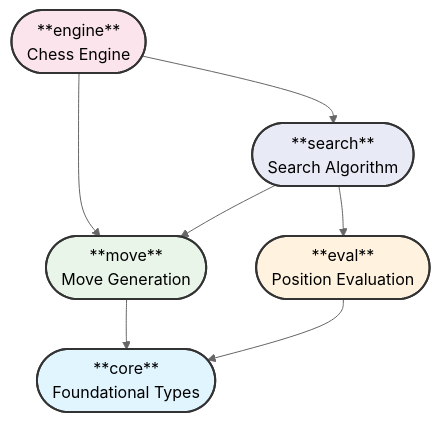
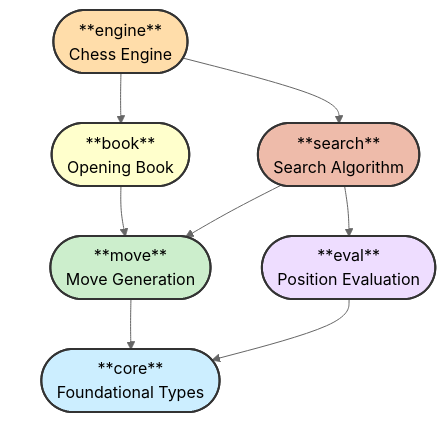
The first of 2 diagrams in src/README.md (GeertBosch/gbchess), drawn with Mermaid (neutral theme) before and after one commit. The commit also changed other lines of this file and 10 other files, not shown here.

First line of the commit message:
Add initial opening book support

````diff
--- a/src/README.md
+++ b/src/README.md
@@ -3,33 +3,38 @@
 ```mermaid
 graph TD
     engine([**engine**
     Chess Engine
     ])
     move([**move**
     Move Generation
     ])
     eval([**eval**
     Position Evaluation
     ])
     search([**search**
     Search Algorithm
     ])
     core([**core**
     Foundational Types
     ])
+    book([**book**
+    Opening Book
+    ])
 
     engine --> search
-    engine --> move
+    book --> move
+    engine --> book
     search --> move
     engine ~~~ core
     search --> eval
     move --> core
     eval --> core
 
     %% Styling
-    style core fill:#e1f5fe,stroke:#333,stroke-width:2px
-    style eval fill:#fff3e0,stroke:#333,stroke-width:2px
-    style move fill:#e8f5e8,stroke:#333,stroke-width:2px
-    style search fill:#e8eaf6,stroke:#333,stroke-width:2px
-    style engine fill:#fce4ec,stroke:#333,stroke-width:2px
+    style engine fill:#fda,stroke:#333,stroke-width:2px
+    style book fill:#ffc,stroke:#333,stroke-width:2px
+    style move fill:#cec,stroke:#333,stroke-width:2px
+    style search fill:#eba,stroke:#333,stroke-width:2px
+    style eval fill:#edf,stroke:#333,stroke-width:2px
+    style core fill:#cef,stroke:#333,stroke-width:2px
 ```
````
